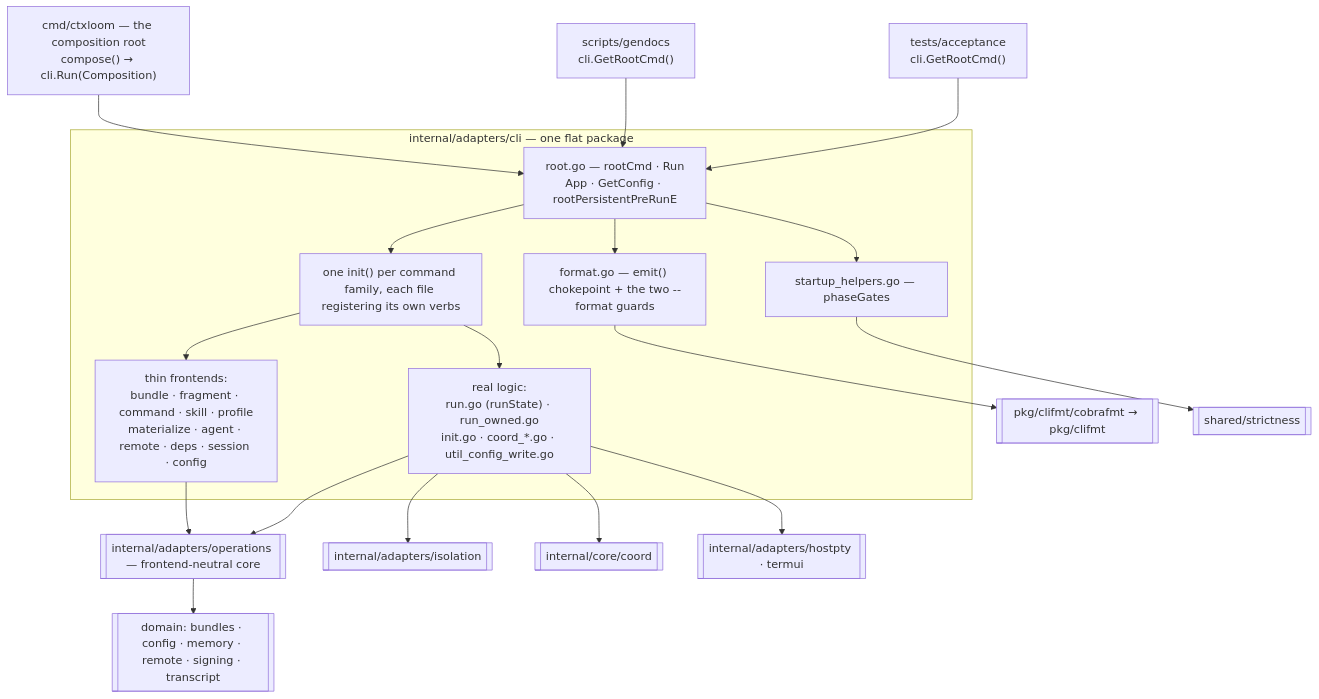
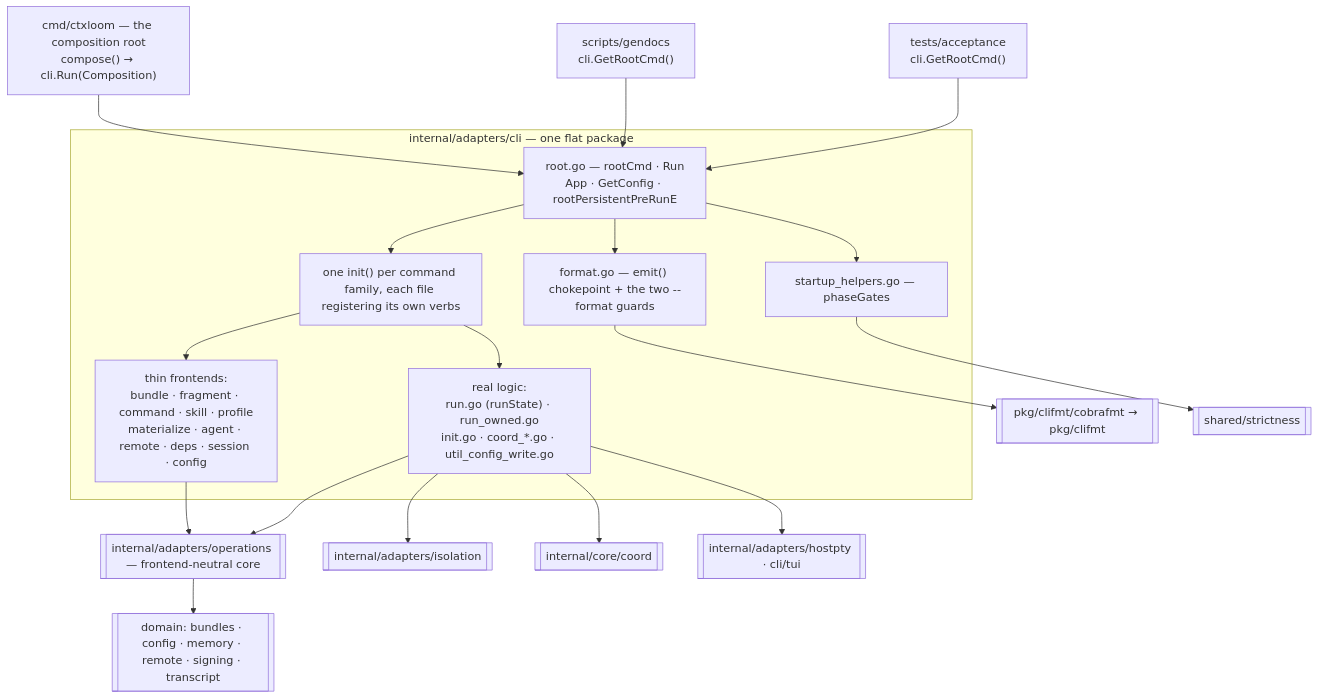
One commit to ctxloom/ctxloom changed the diagram in docs/architecture/cli/README.md. Above: the diagram before and after it, drawn with Mermaid. The commit also changed 6 other files, not shown here.

````diff
--- a/docs/architecture/cli/README.md
+++ b/docs/architecture/cli/README.md
@@ -17,28 +17,28 @@
 ```mermaid
 flowchart TD
     MAIN["cmd/ctxloom — the composition root<br/>compose() → cli.Run(Composition)"]
     GD["scripts/gendocs<br/>cli.GetRootCmd()"]
     ACC["tests/acceptance<br/>cli.GetRootCmd()"]
 
     MAIN --> ROOT
     GD --> ROOT
     ACC --> ROOT
 
     subgraph cli["internal/adapters/cli — one flat package"]
         ROOT["root.go — rootCmd · Run<br/>App · GetConfig · rootPersistentPreRunE"]
         ROOT --> FMT["format.go — emit() chokepoint + the two --format guards"]
         ROOT --> SH["startup_helpers.go — phaseGates"]
         ROOT --> CMDS["one init() per command family, each file registering its own verbs"]
         CMDS --> THIN["thin frontends:<br/>bundle · fragment · command · skill · profile<br/>materialize · agent · remote · deps · session · config"]
         CMDS --> THICK["real logic:<br/>run.go (runState) · run_owned.go<br/>init.go · coord_*.go · util_config_write.go"]
     end
 
     THIN --> OPS[["internal/adapters/operations — frontend-neutral core"]]
     THICK --> OPS
     THICK --> ISO[["internal/adapters/isolation"]]
     THICK --> COORD[["internal/core/coord"]]
-    THICK --> TTY[["internal/adapters/hostpty · termui"]]
+    THICK --> TTY[["internal/adapters/hostpty · cli/tui"]]
     OPS --> DOM[["domain: bundles · config · memory · remote · signing · transcript"]]
     FMT --> CE[["pkg/clifmt/cobrafmt → pkg/clifmt"]]
     SH --> STR[["shared/strictness"]]
 ```
````
